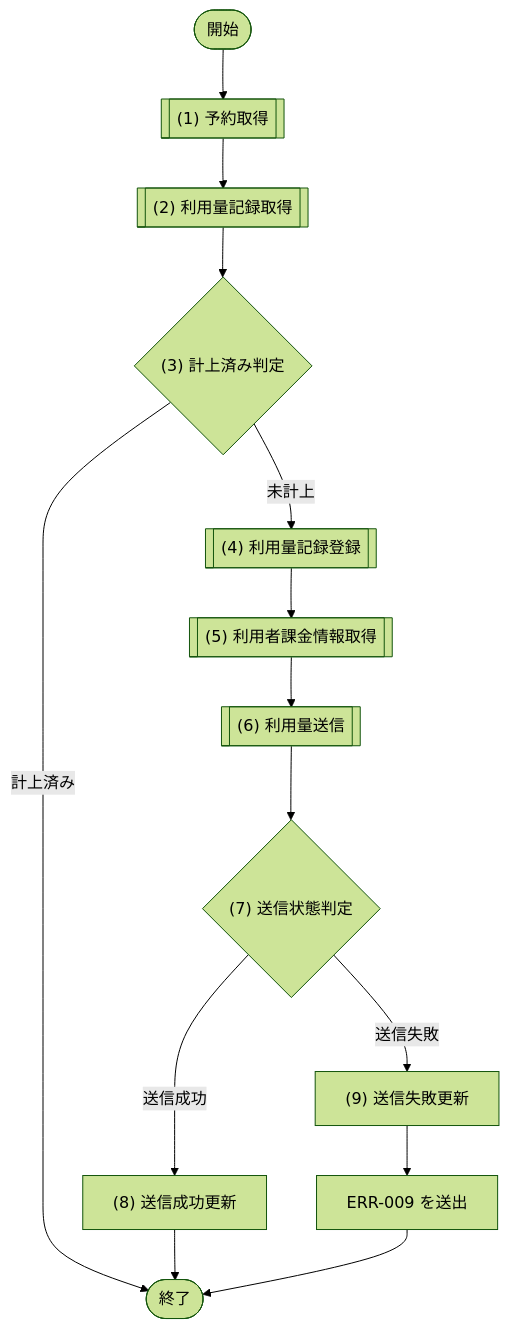
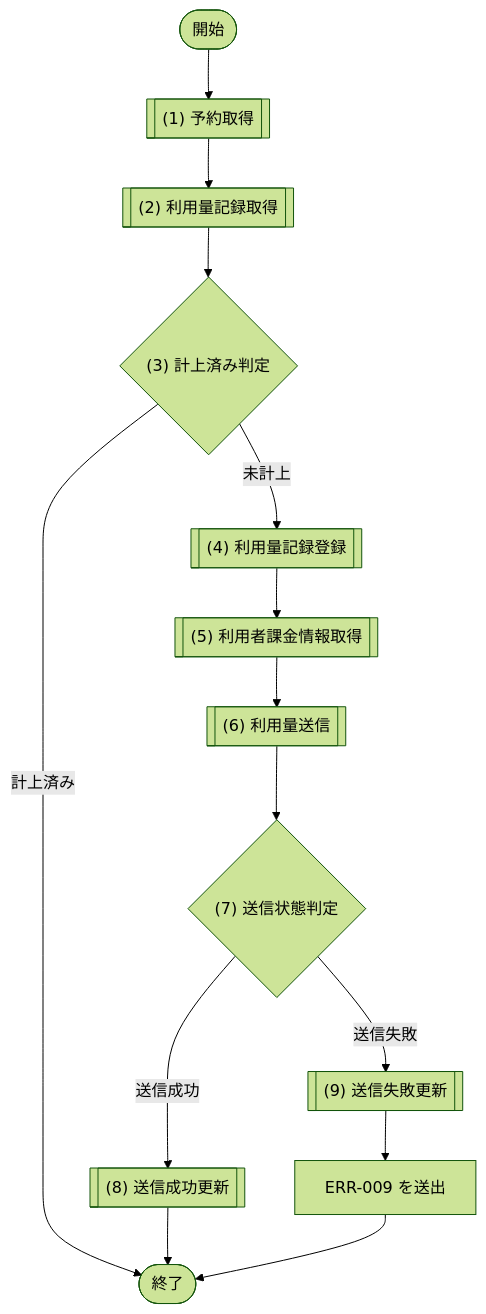
One commit to sikakou54/system-document-template changed the fourth of 6 diagrams in docs/03_機能設計/05_モジュール設計/MOD-007_課金サービス.md. Above: the diagram before and after it, drawn with Mermaid (forest theme). The commit also changed other lines of this file and 43 other files, not shown here.

````diff
--- a/docs/03_機能設計/05_モジュール設計/MOD-007_課金サービス.md
+++ b/docs/03_機能設計/05_モジュール設計/MOD-007_課金サービス.md
@@ -469,21 +477,21 @@
 ```mermaid
 flowchart TD
   Start([開始])
   P1[["(1) 予約取得"]]
   P2[["(2) 利用量記録取得"]]
   D1{"(3) 計上済み判定"}
   P3[["(4) 利用量記録登録"]]
   P4[["(5) 利用者課金情報取得"]]
   P5[["(6) 利用量送信"]]
   D2{"(7) 送信状態判定"}
-  P6["(8) 送信成功更新"]
-  P7["(9) 送信失敗更新"]
+  P6[["(8) 送信成功更新"]]
+  P7[["(9) 送信失敗更新"]]
   E1["ERR-009 を送出"]
   End([終了])
 
   Start --> P1 --> P2 --> D1
   D1 -- "計上済み" --> End
   D1 -- "未計上" --> P3 --> P4 --> P5 --> D2
   D2 -- "送信成功" --> P6 --> End
   D2 -- "送信失敗" --> P7 --> E1 --> End
 ```
````
